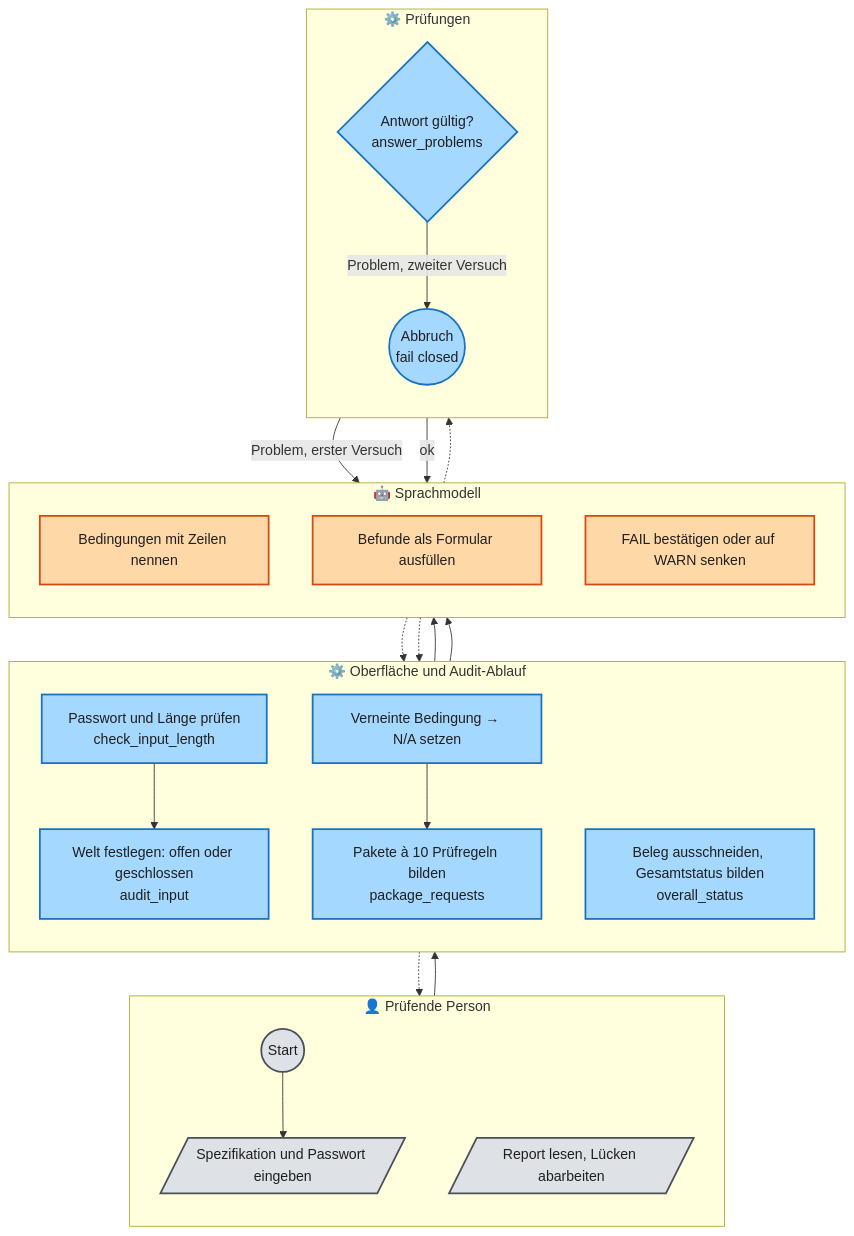
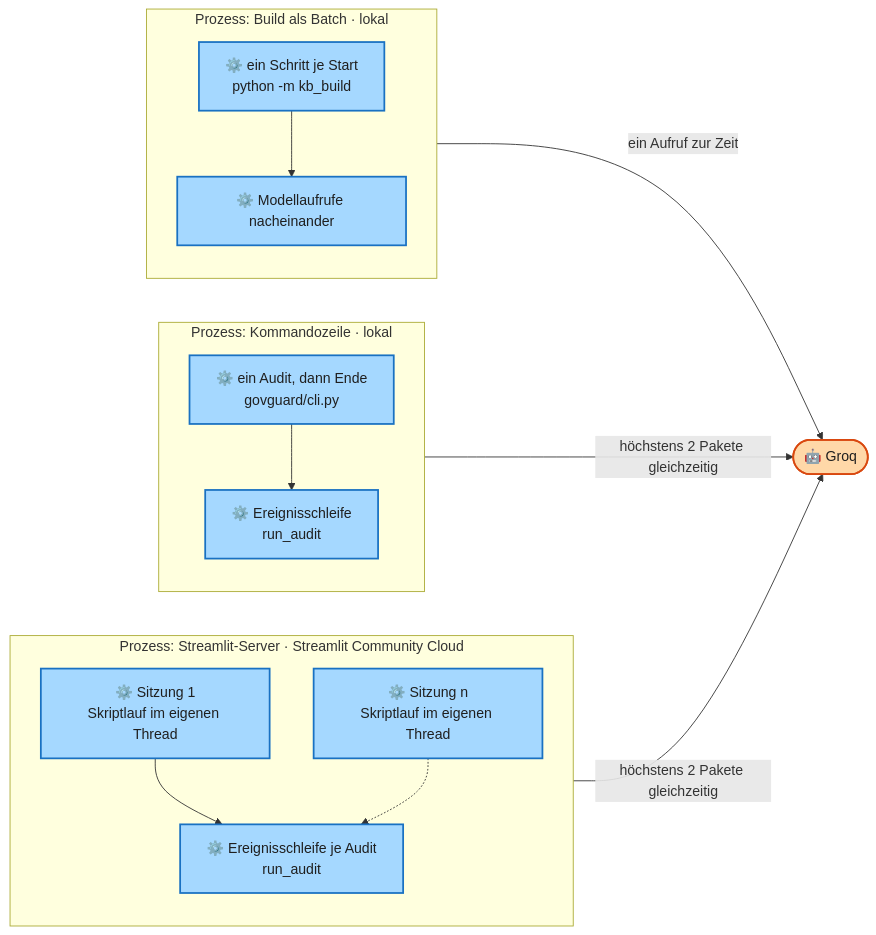
Before and after one commit to Daniel74/GovGuard: the fifth of 22 diagrams in docs/ARCHITECTURE.md, drawn with Mermaid. The commit also changed other lines of this file and 9 other files, not shown here.

Commit message:
#73 ARCHITECTURE.md als 4+1 nach Kruchten - first version

````diff
--- a/docs/ARCHITECTURE.md
+++ b/docs/ARCHITECTURE.md
@@ -166,39 +701,29 @@
 ```mermaid
-flowchart TB
-  subgraph L1["👤 Prüfende Person"]
+flowchart LR
+  subgraph SCC["Prozess: Streamlit-Server · Streamlit Community Cloud"]
     direction TB
-    s1(("Start")):::human
-    a1[/"Spezifikation und Passwort eingeben"/]:::human
-    a9[/"Report lesen, Lücken abarbeiten"/]:::human
+    T1["⚙️ Sitzung 1<br/>Skriptlauf im eigenen Thread"]:::code
+    T2["⚙️ Sitzung n<br/>Skriptlauf im eigenen Thread"]:::code
+    E1["⚙️ Ereignisschleife je Audit<br/>run_audit"]:::code
+    T1 --> E1
+    T2 -.-> E1
   end
-  subgraph L2["⚙️ Oberfläche und Audit-Ablauf"]
+  subgraph CLIP["Prozess: Kommandozeile · lokal"]
     direction TB
-    b1["Passwort und Länge prüfen<br/>check_input_length"]:::code
-    b2["Welt festlegen: offen oder geschlossen<br/>audit_input"]:::code
-    b3["Verneinte Bedingung → N/A setzen"]:::code
-    b4["Pakete à 10 Prüfregeln bilden<br/>package_requests"]:::code
-    b8["Beleg ausschneiden, Gesamtstatus bilden<br/>overall_status"]:::code
+    C1["⚙️ ein Audit, dann Ende<br/>govguard/cli.py"]:::code
+    E2["⚙️ Ereignisschleife<br/>run_audit"]:::code
+    C1 --> E2
   end
-  subgraph L3["🤖 Sprachmodell"]
+  subgraph BP["Prozess: Build als Batch · lokal"]
     direction TB
-    c1["Bedingungen mit Zeilen nennen"]:::llm
-    c2["Befunde als Formular ausfüllen"]:::llm
-    c3["FAIL bestätigen oder auf WARN senken"]:::llm
+    K1["⚙️ ein Schritt je Start<br/>python -m kb_build"]:::code
+    K2["⚙️ Modellaufrufe nacheinander"]:::code
+    K1 --> K2
   end
-  subgraph L4["⚙️ Prüfungen"]
-    direction TB
-    g1{"Antwort gültig?<br/>answer_problems"}:::code
-    x1(("Abbruch<br/>fail closed")):::code
-  end
-  s1 --> a1 --> b1 --> b2 --> c1
-  c1 -.-> b3 --> b4 --> c2
-  c2 -.-> g1
-  g1 -->|"Problem, erster Versuch"| c2
-  g1 -->|"Problem, zweiter Versuch"| x1
-  g1 -->|"ok"| c3
-  c3 -.-> b8
-  b8 -.-> a9
+  G(["🤖 Groq"]):::llm
+  E1 -->|"höchstens 2 Pakete gleichzeitig"| G
+  E2 -->|"höchstens 2 Pakete gleichzeitig"| G
+  K2 -->|"ein Aufruf zur Zeit"| G
   classDef llm fill:#ffd8a8,stroke:#d9480f,color:#1f1f1f,stroke-width:2px
   classDef code fill:#a5d8ff,stroke:#1971c2,color:#1f1f1f,stroke-width:2px
-  classDef human fill:#dee2e6,stroke:#495057,color:#1f1f1f,stroke-width:2px
 ```
````
